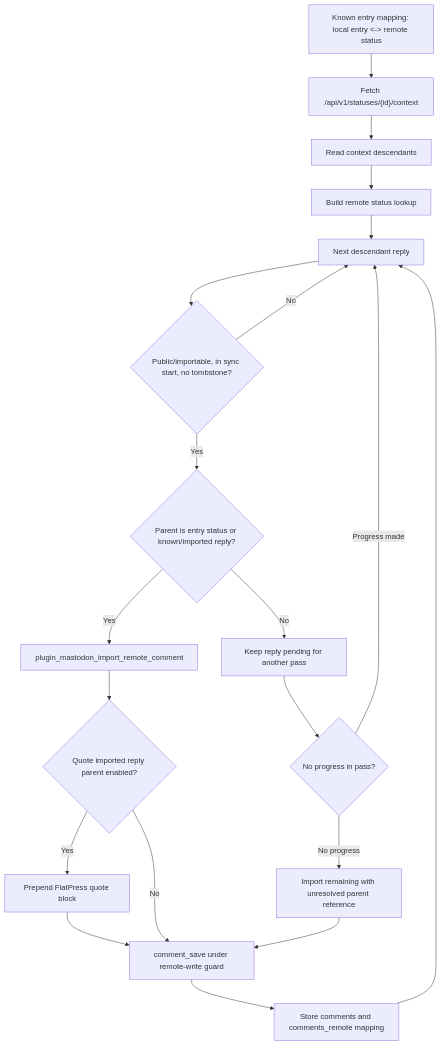
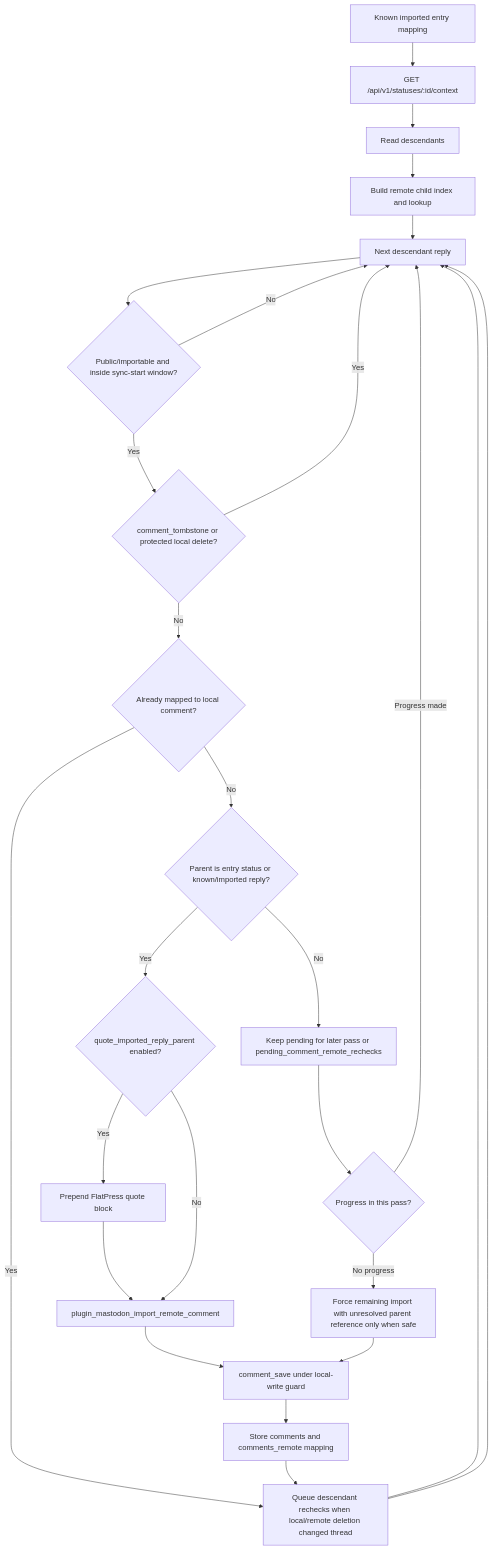
Before and after one commit to flatpressblog/flatpress: the ninth of 32 diagrams in fp-plugins/mastodon/Plugin-Process-Flow.md, drawn with Mermaid. The commit also changed other lines of this file and 4 other files, not shown here.

````diff
--- a/fp-plugins/mastodon/Plugin-Process-Flow.md
+++ b/fp-plugins/mastodon/Plugin-Process-Flow.md
@@ -198,30 +319,37 @@
 ```mermaid
 flowchart TD
-    EntryMapped["Known entry mapping: local entry <-> remote status"]
-    FetchContext["Fetch /api/v1/statuses/{id}/context"]
-    Descendants["Read context descendants"]
-    BuildIndex["Build remote status lookup"]
+    EntryMapped["Known imported entry mapping"]
+    FetchContext["GET /api/v1/statuses/:id/context"]
+    Descendants["Read descendants"]
+    BuildIndex["Build remote child index and lookup"]
     NextReply["Next descendant reply"]
-    Importable{"Public/importable, in sync start, no tombstone?"}
+    Importable{"Public/importable and inside sync-start window?"}
+    Tombstone{"comment_tombstone or protected local delete?"}
+    AlreadyMapped{"Already mapped to local comment?"}
     ParentKnown{"Parent is entry status or known/imported reply?"}
-    Wait["Keep reply pending for another pass"]
+    Pending["Keep pending for later pass or pending_comment_remote_rechecks"]
+    Quote{"quote_imported_reply_parent enabled?"}
+    AddQuote["Prepend FlatPress quote block"]
     Import["plugin_mastodon_import_remote_comment"]
-    Quote{"Quote imported reply parent enabled?"}
-    AddQuote["Prepend FlatPress quote block"]
-    SaveComment["comment_save under remote-write guard"]
-    StoreMapping["Store comments and comments_remote mapping"]
-    Fallback{"No progress in pass?"}
-    ForceImport["Import remaining with unresolved parent reference"]
+    Guard["comment_save under local-write guard"]
+    Mapping["Store comments and comments_remote mapping"]
+    Recheck["Queue descendant rechecks when local/remote deletion changed thread"]
+    Progress{"Progress in this pass?"}
+    ForceImport["Force remaining import with unresolved parent reference only when safe"]
 
     EntryMapped --> FetchContext --> Descendants --> BuildIndex --> NextReply
     NextReply --> Importable
     Importable -- "No" --> NextReply
-    Importable -- "Yes" --> ParentKnown
-    ParentKnown -- "No" --> Wait --> Fallback
-    ParentKnown -- "Yes" --> Import --> Quote
-    Quote -- "Yes" --> AddQuote --> SaveComment
-    Quote -- "No" --> SaveComment
-    SaveComment --> StoreMapping --> NextReply
-    Fallback -- "Progress made" --> NextReply
-    Fallback -- "No progress" --> ForceImport --> SaveComment
+    Importable -- "Yes" --> Tombstone
+    Tombstone -- "Yes" --> NextReply
+    Tombstone -- "No" --> AlreadyMapped
+    AlreadyMapped -- "Yes" --> Recheck --> NextReply
+    AlreadyMapped -- "No" --> ParentKnown
+    ParentKnown -- "No" --> Pending --> Progress
+    ParentKnown -- "Yes" --> Quote
+    Quote -- "Yes" --> AddQuote --> Import
+    Quote -- "No" --> Import
+    Import --> Guard --> Mapping --> Recheck --> NextReply
+    Progress -- "Progress made" --> NextReply
+    Progress -- "No progress" --> ForceImport --> Guard
 ```
````
